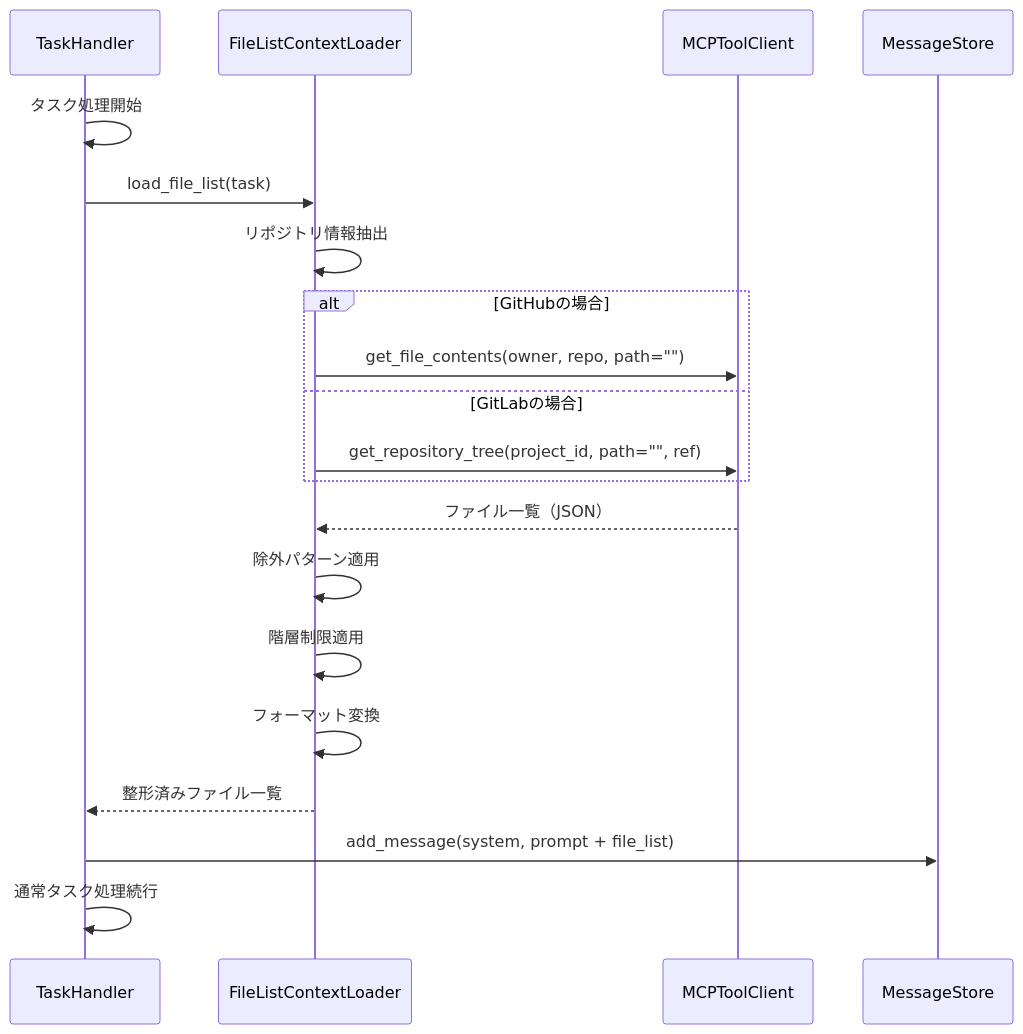
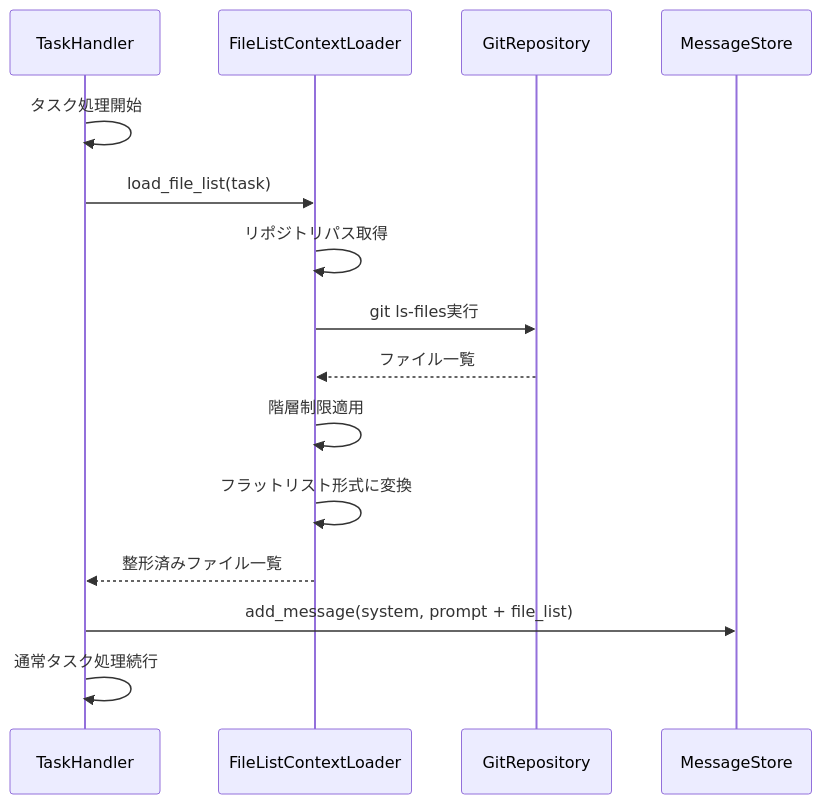
One commit to notfolder/coding_agent changed the second of 2 diagrams in docs/spec/PROJECT_FILE_LIST_CONTEXT_SPECIFICATION.md. Above: the diagram before and after it, drawn with Mermaid. The commit also changed other lines of this file and 1 other file, not shown here.

````diff
--- a/docs/spec/PROJECT_FILE_LIST_CONTEXT_SPECIFICATION.md
+++ b/docs/spec/PROJECT_FILE_LIST_CONTEXT_SPECIFICATION.md
@@ -176,23 +120,18 @@
 ```mermaid
 sequenceDiagram
     participant TH as TaskHandler
     participant FLC as FileListContextLoader
-    participant MCP as MCPToolClient
+    participant Git as GitRepository
     participant MS as MessageStore
 
     TH->>TH: タスク処理開始
     TH->>FLC: load_file_list(task)
-    FLC->>FLC: リポジトリ情報抽出
-    alt GitHubの場合
-        FLC->>MCP: get_file_contents(owner, repo, path="")
-    else GitLabの場合
-        FLC->>MCP: get_repository_tree(project_id, path="", ref)
-    end
-    MCP-->>FLC: ファイル一覧（JSON）
-    FLC->>FLC: 除外パターン適用
+    FLC->>FLC: リポジトリパス取得
+    FLC->>Git: git ls-files実行
+    Git-->>FLC: ファイル一覧
     FLC->>FLC: 階層制限適用
-    FLC->>FLC: フォーマット変換
+    FLC->>FLC: フラットリスト形式に変換
     FLC-->>TH: 整形済みファイル一覧
     TH->>MS: add_message(system, prompt + file_list)
     TH->>TH: 通常タスク処理続行
 ```
````
